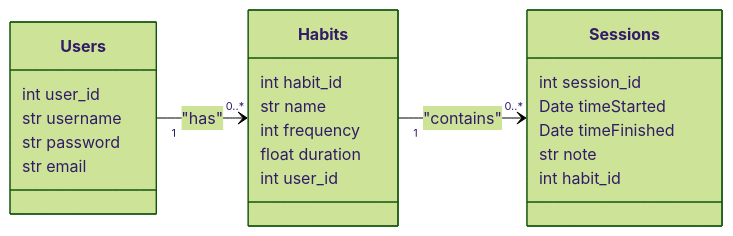
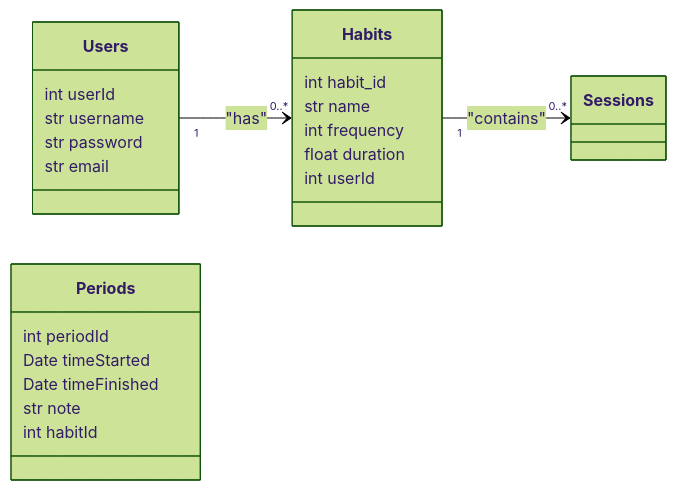
One commit to derekktor/tracker changed the diagram in README.md. Above: the diagram before and after it, drawn with Mermaid (forest theme). The commit also changed other lines of this file and 26 other files, not shown here.

````diff
--- a/README.md
+++ b/README.md
@@ -6,30 +21,30 @@
 ```mermaid
 classDiagram
     direction LR
 
     class Users {
-        int user_id
+        int userId
         str username
         str password
         str email
     }
 
     class Habits {
         int habit_id
         str name
         int frequency
         float duration
-        int user_id
+        int userId
     }
     
-    class Sessions{
-      int session_id
+    class Periods{
+      int periodId
       Date timeStarted
       Date timeFinished
       str note
-      int habit_id
+      int habitId
     }
 
     Users "1"-->"0..*" Habits : "has"
     Habits "1"-->"0..*" Sessions: "contains"
 ```
````
